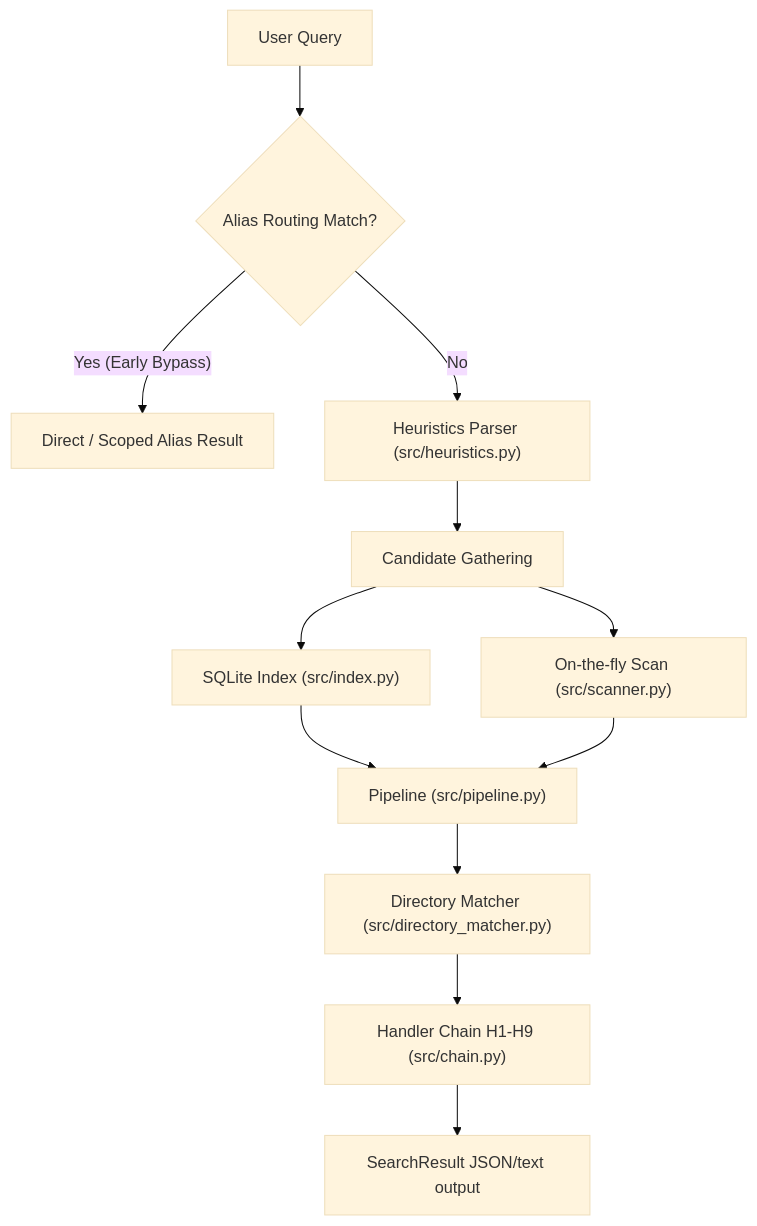
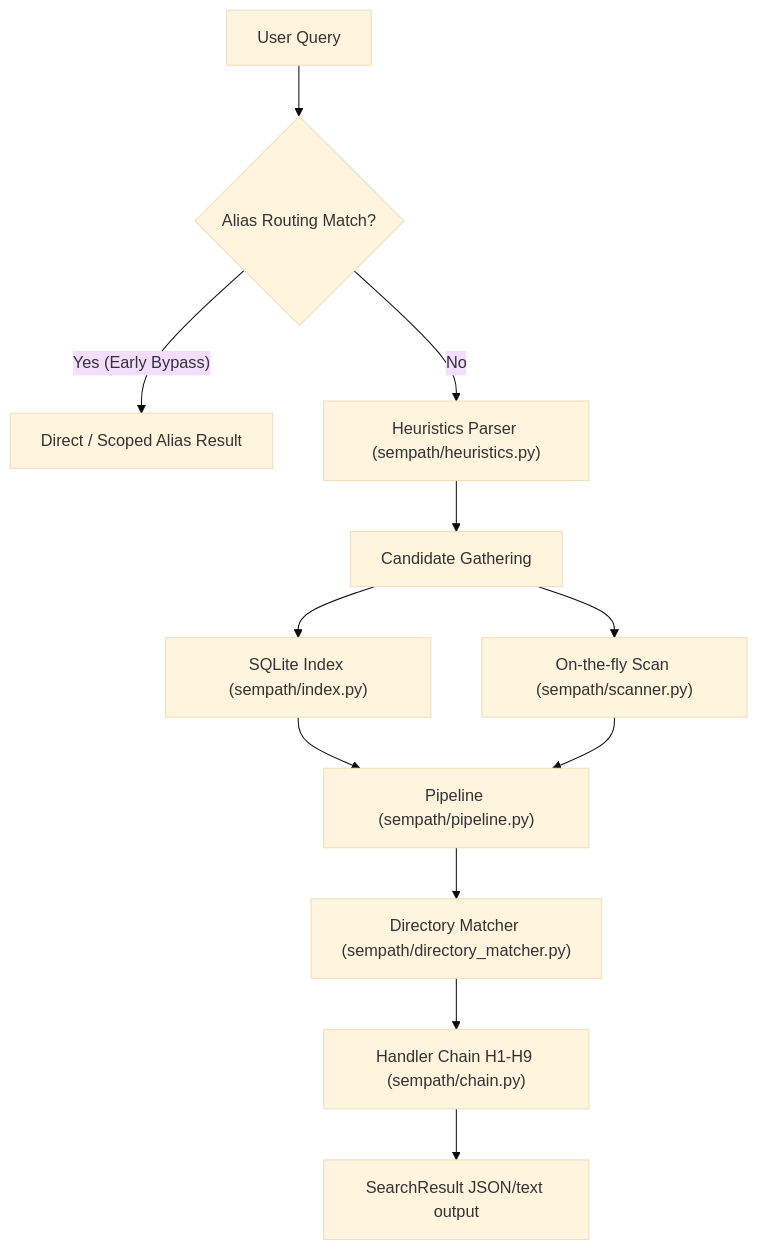
One commit to onth0s/Semantic-Search changed the diagram in README.md. Above: the diagram before and after it, drawn with Mermaid (base theme). The commit also changed other lines of this file, not shown here.

Commit message:
Update README.md to document smallest/oldest heuristics and output clamping

````diff
--- a/README.md
+++ b/README.md
@@ -75,14 +75,14 @@
 ```mermaid
 graph TD
     UserQuery["User Query"] --> Routing{"Alias Routing Match?"}
     Routing -- Yes (Early Bypass) --> DirectResult["Direct / Scoped Alias Result"]
-    Routing -- No --> Heuristics["Heuristics Parser (src/heuristics.py)"]
+    Routing -- No --> Heuristics["Heuristics Parser (sempath/heuristics.py)"]
     Heuristics --> Candidates["Candidate Gathering"]
-    Candidates --> Index["SQLite Index (src/index.py)"]
-    Candidates --> Scan["On-the-fly Scan (src/scanner.py)"]
-    Index --> Pipeline["Pipeline (src/pipeline.py)"]
+    Candidates --> Index["SQLite Index (sempath/index.py)"]
+    Candidates --> Scan["On-the-fly Scan (sempath/scanner.py)"]
+    Index --> Pipeline["Pipeline (sempath/pipeline.py)"]
     Scan --> Pipeline
-    Pipeline --> DirMatcher["Directory Matcher (src/directory_matcher.py)"]
-    DirMatcher --> Chain["Handler Chain H1-H9 (src/chain.py)"]
+    Pipeline --> DirMatcher["Directory Matcher (sempath/directory_matcher.py)"]
+    DirMatcher --> Chain["Handler Chain H1-H9 (sempath/chain.py)"]
     Chain --> Result["SearchResult JSON/text output"]
 ```
````
